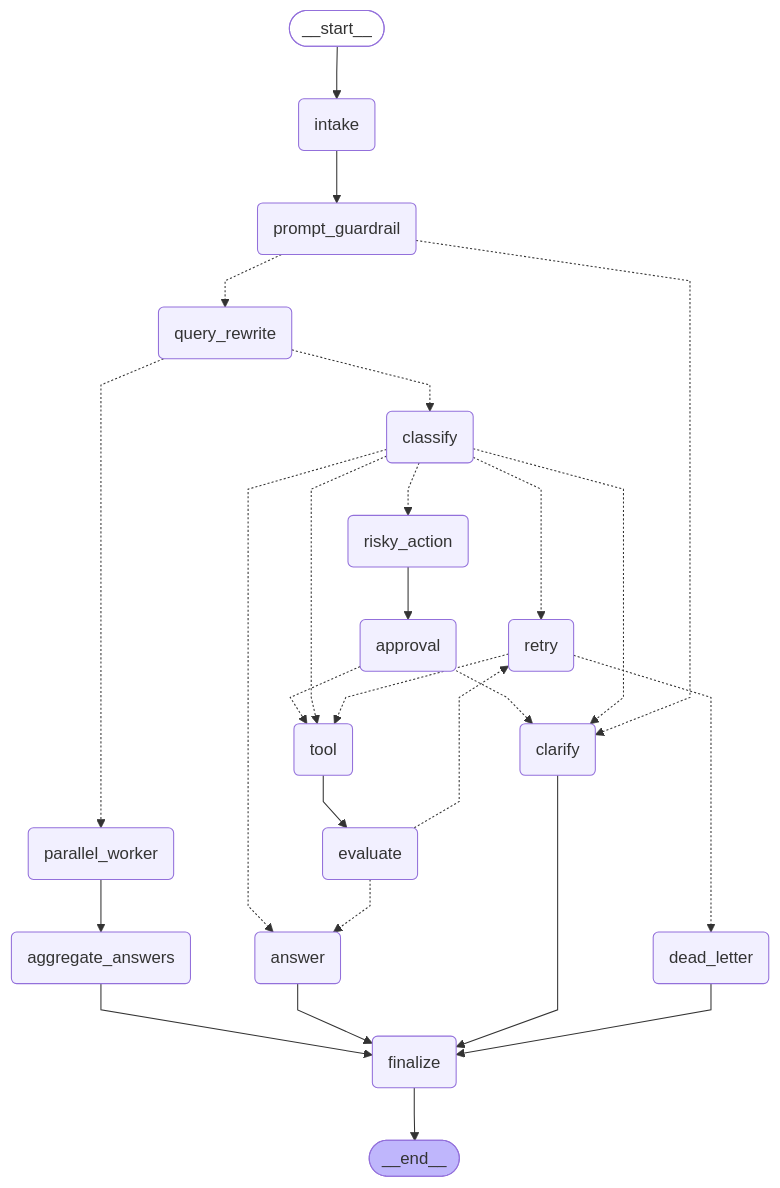
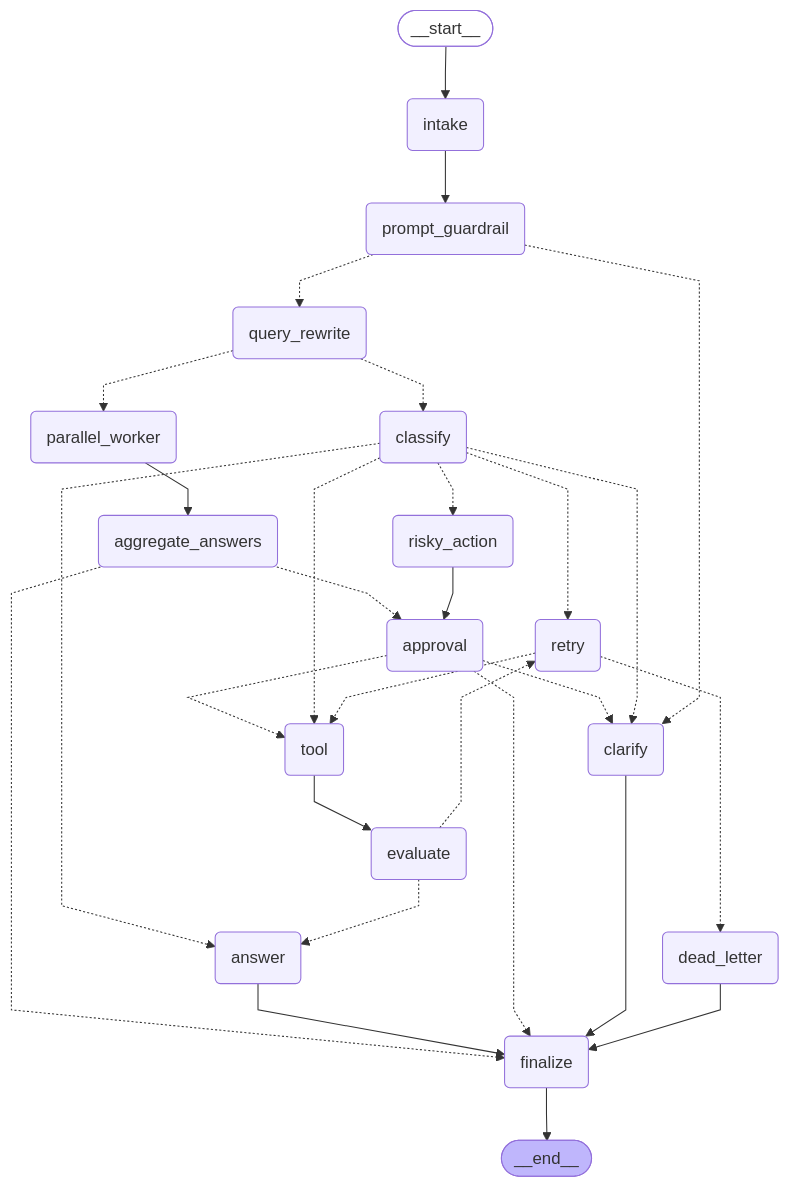
Before and after one commit to Lolavine777/Track3-DAY23-NguyenDangLong-2A202601934: the diagram in outputs/graph_mermaid.md, drawn with Mermaid. The commit also changed other lines of this file and 2 other files, not shown here.

Commit message:
docs: Update metrics and Mermaid diagram with parallel fan-out and HITL gate

````diff
--- a/outputs/graph_mermaid.md
+++ b/outputs/graph_mermaid.md
@@ -3,54 +3,56 @@
 ```mermaid
 ---
 config:
   flowchart:
     curve: linear
 ---
 graph TD;
 	__start__([<p>__start__</p>]):::first
 	intake(intake)
 	prompt_guardrail(prompt_guardrail)
 	query_rewrite(query_rewrite)
 	parallel_worker(parallel_worker)
 	aggregate_answers(aggregate_answers)
 	classify(classify)
 	answer(answer)
 	tool(tool)
 	evaluate(evaluate)
 	clarify(clarify)
 	risky_action(risky_action)
 	approval(approval)
 	retry(retry)
 	dead_letter(dead_letter)
 	finalize(finalize)
 	__end__([<p>__end__</p>]):::last
 	__start__ --> intake;
-	aggregate_answers --> finalize;
+	aggregate_answers -.-> approval;
+	aggregate_answers -.-> finalize;
 	answer --> finalize;
 	approval -.-> clarify;
+	approval -.-> finalize;
 	approval -.-> tool;
 	clarify --> finalize;
 	classify -.-> answer;
 	classify -.-> clarify;
 	classify -.-> retry;
 	classify -.-> risky_action;
 	classify -.-> tool;
 	dead_letter --> finalize;
 	evaluate -.-> answer;
 	evaluate -.-> retry;
 	intake --> prompt_guardrail;
 	parallel_worker --> aggregate_answers;
 	prompt_guardrail -.-> clarify;
 	prompt_guardrail -.-> query_rewrite;
 	query_rewrite -.-> classify;
 	query_rewrite -.-> parallel_worker;
 	retry -.-> dead_letter;
 	retry -.-> tool;
 	risky_action --> approval;
 	tool --> evaluate;
 	finalize --> __end__;
 	classDef default fill:#f2f0ff,line-height:1.2
 	classDef first fill-opacity:0
 	classDef last fill:#bfb6fc
 
 ```
````
